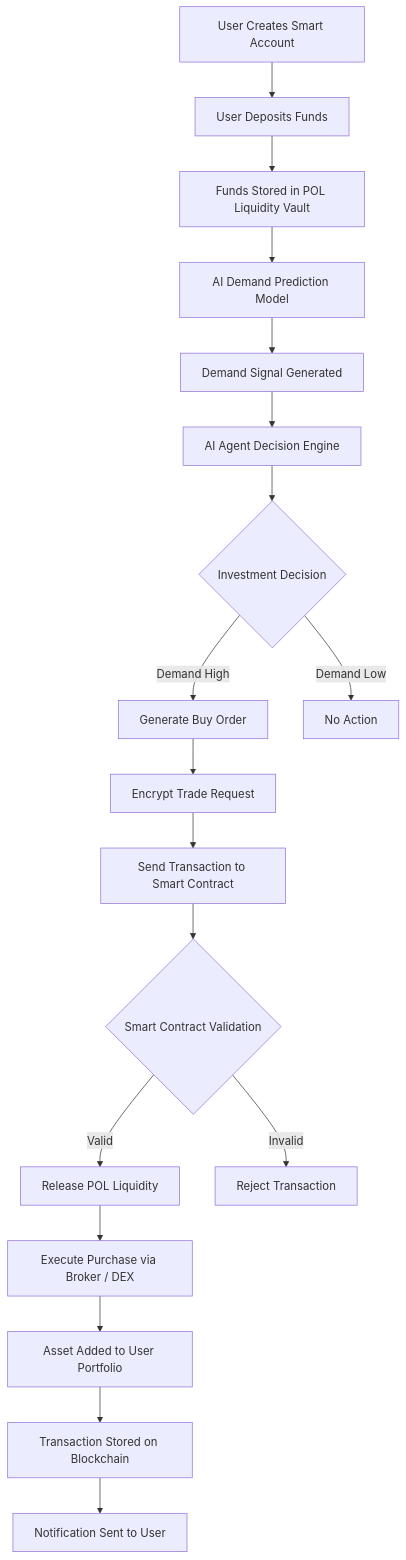
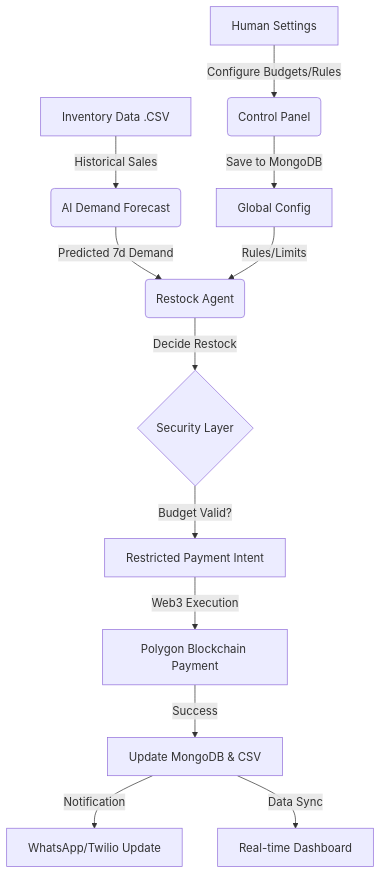
The diagram in ROADMAP.md (Avirup1705/Autonomous_Agentic_payment_system), drawn with Mermaid before and after one commit. The commit also changed other lines of this file and 4 other files, not shown here.

````diff
--- a/ROADMAP.md
+++ b/ROADMAP.md
@@ -19,34 +16,14 @@
 ```mermaid
-flowchart TD
-
-A[User Creates Smart Account] --> B[User Deposits Funds]
-B --> C[Funds Stored in POL Liquidity Vault]
-
-C --> D[AI Demand Prediction Model]
-D --> E[Demand Signal Generated]
-
-E --> F[AI Agent Decision Engine]
-
-F --> G{Investment Decision}
-
-G -->|Demand High| H[Generate Buy Order]
-G -->|Demand Low| I[No Action]
-
-H --> J[Encrypt Trade Request]
-
-J --> K[Send Transaction to Smart Contract]
-
-K --> L{Smart Contract Validation}
-
-L -->|Valid| M[Release POL Liquidity]
-L -->|Invalid| N[Reject Transaction]
-
-M --> O[Execute Purchase via Broker / DEX]
-
-O --> P[Asset Added to User Portfolio]
-
-P --> Q[Transaction Stored on Blockchain]
-
-Q --> R[Notification Sent to User]
-
+graph TD
+    A[Human Settings] -->|Configure Budgets/Rules| B(Control Panel)
+    B -->|Save to MongoDB| C[Global Config]
+    D[Inventory Data .CSV] -->|Historical Sales| E(AI Demand Forecast)
+    E -->|Predicted 7d Demand| F(Restock Agent)
+    C -->|Rules/Limits| F
+    F -->|Decide Restock| G{Security Layer}
+    G -->|Budget Valid?| H[Restricted Payment Intent]
+    H -->|Web3 Execution| I[Polygon Blockchain Payment]
+    I -->|Success| J[Update MongoDB & CSV]
+    J -->|Notification| K[WhatsApp/Twilio Update]
+    J -->|Data Sync| L[Real-time Dashboard]
 ```
````
